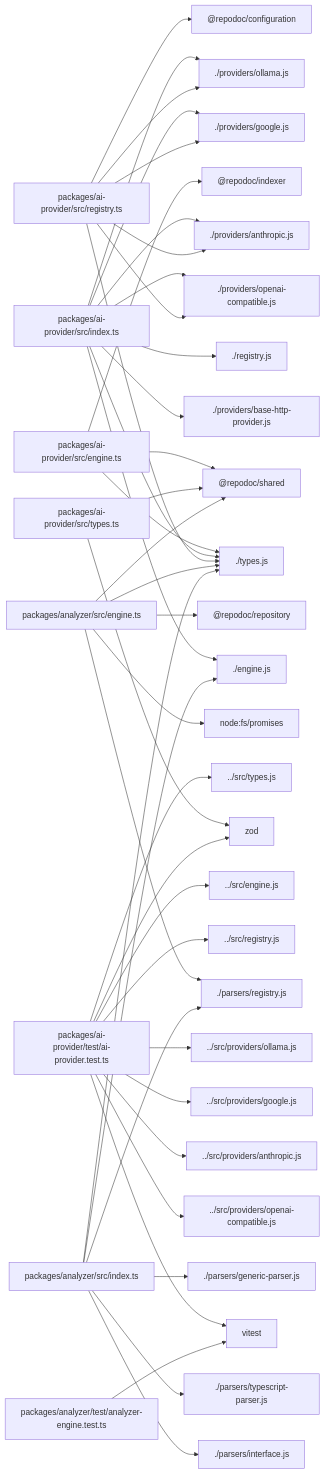
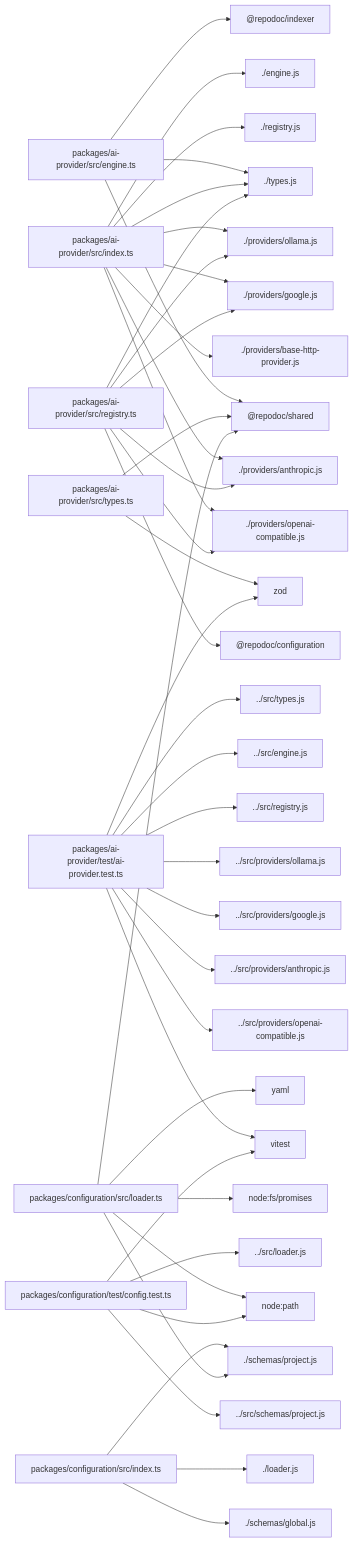
One commit to williamciva/repo-doc-agent changed the diagram in docs/repodoc/technical/ARCHITECTURE.md. Above: the diagram before and after it, drawn with Mermaid. The commit also changed other lines of this file and 10 other files, not shown here.

````diff
--- a/docs/repodoc/technical/ARCHITECTURE.md
+++ b/docs/repodoc/technical/ARCHITECTURE.md
@@ -15,77 +136,79 @@
 ```mermaid
 graph LR
   node_packages_ai_provider_src_engine_ts["packages/ai-provider/src/engine.ts"]
   node_repodoc_shared["@repodoc/shared"]
   node_packages_ai_provider_src_engine_ts --> node_repodoc_shared
   node_repodoc_indexer["@repodoc/indexer"]
   node_packages_ai_provider_src_engine_ts --> node_repodoc_indexer
   node_types_js["./types.js"]
   node_packages_ai_provider_src_engine_ts --> node_types_js
   node_packages_ai_provider_src_index_ts["packages/ai-provider/src/index.ts"]
   node_packages_ai_provider_src_index_ts --> node_types_js
   node_providers_base_http_provider_js["./providers/base-http-provider.js"]
   node_packages_ai_provider_src_index_ts --> node_providers_base_http_provider_js
   node_providers_openai_compatible_js["./providers/openai-compatible.js"]
   node_packages_ai_provider_src_index_ts --> node_providers_openai_compatible_js
   node_providers_anthropic_js["./providers/anthropic.js"]
   node_packages_ai_provider_src_index_ts --> node_providers_anthropic_js
   node_providers_google_js["./providers/google.js"]
   node_packages_ai_provider_src_index_ts --> node_providers_google_js
   node_providers_ollama_js["./providers/ollama.js"]
   node_packages_ai_provider_src_index_ts --> node_providers_ollama_js
   node_registry_js["./registry.js"]
   node_packages_ai_provider_src_index_ts --> node_registry_js
   node_engine_js["./engine.js"]
   node_packages_ai_provider_src_index_ts --> node_engine_js
   node_packages_ai_provider_src_registry_ts["packages/ai-provider/src/registry.ts"]
   node_repodoc_configuration["@repodoc/configuration"]
   node_packages_ai_provider_src_registry_ts --> node_repodoc_configuration
   node_packages_ai_provider_src_registry_ts --> node_types_js
   node_packages_ai_provider_src_registry_ts --> node_providers_openai_compatible_js
   node_packages_ai_provider_src_registry_ts --> node_providers_anthropic_js
   node_packages_ai_provider_src_registry_ts --> node_providers_google_js
   node_packages_ai_provider_src_registry_ts --> node_providers_ollama_js
   node_packages_ai_provider_src_types_ts["packages/ai-provider/src/types.ts"]
   node_zod["zod"]
   node_packages_ai_provider_src_types_ts --> node_zod
   node_packages_ai_provider_src_types_ts --> node_repodoc_shared
   node_packages_ai_provider_test_ai_provider_test_ts["packages/ai-provider/test/ai-provider.test.ts"]
   node_vitest["vitest"]
   node_packages_ai_provider_test_ai_provider_test_ts --> node_vitest
   node_packages_ai_provider_test_ai_provider_test_ts --> node_zod
   node_src_providers_openai_compatible_js["../src/providers/openai-compatible.js"]
   node_packages_ai_provider_test_ai_provider_test_ts --> node_src_providers_openai_compatible_js
   node_src_providers_anthropic_js["../src/providers/anthropic.js"]
   node_packages_ai_provider_test_ai_provider_test_ts --> node_src_providers_anthropic_js
   node_src_providers_google_js["../src/providers/google.js"]
   node_packages_ai_provider_test_ai_provider_test_ts --> node_src_providers_google_js
   node_src_providers_ollama_js["../src/providers/ollama.js"]
   node_packages_ai_provider_test_ai_provider_test_ts --> node_src_providers_ollama_js
   node_src_registry_js["../src/registry.js"]
   node_packages_ai_provider_test_ai_provider_test_ts --> node_src_registry_js
   node_src_engine_js["../src/engine.js"]
   node_packages_ai_provider_test_ai_provider_test_ts --> node_src_engine_js
   node_src_types_js["../src/types.js"]
   node_packages_ai_provider_test_ai_provider_test_ts --> node_src_types_js
-  node_packages_analyzer_src_engine_ts["packages/analyzer/src/engine.ts"]
+  node_packages_configuration_src_index_ts["packages/configuration/src/index.ts"]
+  node_schemas_project_js["./schemas/project.js"]
+  node_packages_configuration_src_index_ts --> node_schemas_project_js
+  node_schemas_global_js["./schemas/global.js"]
+  node_packages_configuration_src_index_ts --> node_schemas_global_js
+  node_loader_js["./loader.js"]
+  node_packages_configuration_src_index_ts --> node_loader_js
+  node_packages_configuration_src_loader_ts["packages/configuration/src/loader.ts"]
   node_node_fs_promises["node:fs/promises"]
-  node_packages_analyzer_src_engine_ts --> node_node_fs_promises
-  node_packages_analyzer_src_engine_ts --> node_repodoc_shared
-  node_repodoc_repository["@repodoc/repository"]
-  node_packages_analyzer_src_engine_ts --> node_repodoc_repository
-  node_parsers_registry_js["./parsers/registry.js"]
-  node_packages_analyzer_src_engine_ts --> node_parsers_registry_js
-  node_packages_analyzer_src_engine_ts --> node_types_js
-  node_packages_analyzer_src_index_ts["packages/analyzer/src/index.ts"]
-  node_packages_analyzer_src_index_ts --> node_types_js
-  node_parsers_interface_js["./parsers/interface.js"]
-  node_packages_analyzer_src_index_ts --> node_parsers_interface_js
-  node_parsers_typescript_parser_js["./parsers/typescript-parser.js"]
-  node_packages_analyzer_src_index_ts --> node_parsers_typescript_parser_js
-  node_parsers_generic_parser_js["./parsers/generic-parser.js"]
-  node_packages_analyzer_src_index_ts --> node_parsers_generic_parser_js
-  node_packages_analyzer_src_index_ts --> node_parsers_registry_js
-  node_packages_analyzer_src_index_ts --> node_engine_js
-  node_packages_analyzer_test_analyzer_engine_test_ts["packages/analyzer/test/analyzer-engine.test.ts"]
-  node_packages_analyzer_test_analyzer_engine_test_ts --> node_vitest
+  node_packages_configuration_src_loader_ts --> node_node_fs_promises
+  node_node_path["node:path"]
+  node_packages_configuration_src_loader_ts --> node_node_path
+  node_yaml["yaml"]
+  node_packages_configuration_src_loader_ts --> node_yaml
+  node_packages_configuration_src_loader_ts --> node_repodoc_shared
+  node_packages_configuration_src_loader_ts --> node_schemas_project_js
+  node_packages_configuration_test_config_test_ts["packages/configuration/test/config.test.ts"]
+  node_packages_configuration_test_config_test_ts --> node_vitest
+  node_packages_configuration_test_config_test_ts --> node_node_path
+  node_src_schemas_project_js["../src/schemas/project.js"]
+  node_packages_configuration_test_config_test_ts --> node_src_schemas_project_js
+  node_src_loader_js["../src/loader.js"]
+  node_packages_configuration_test_config_test_ts --> node_src_loader_js
 ```
````
